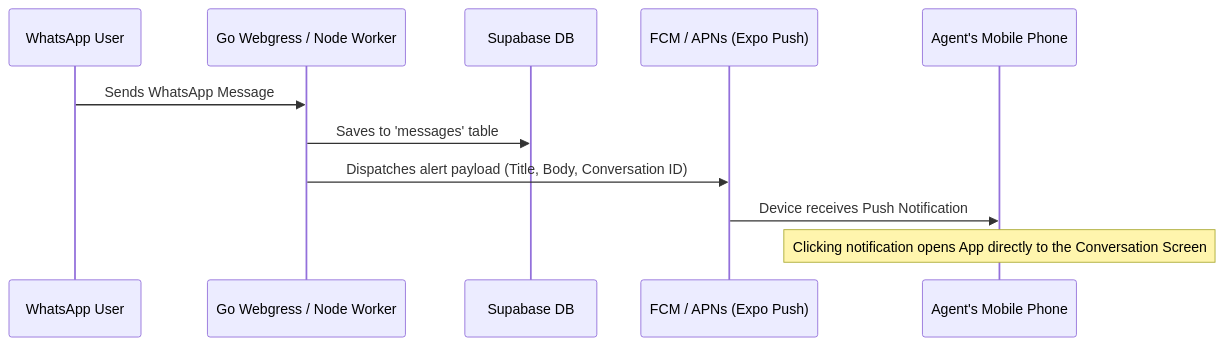
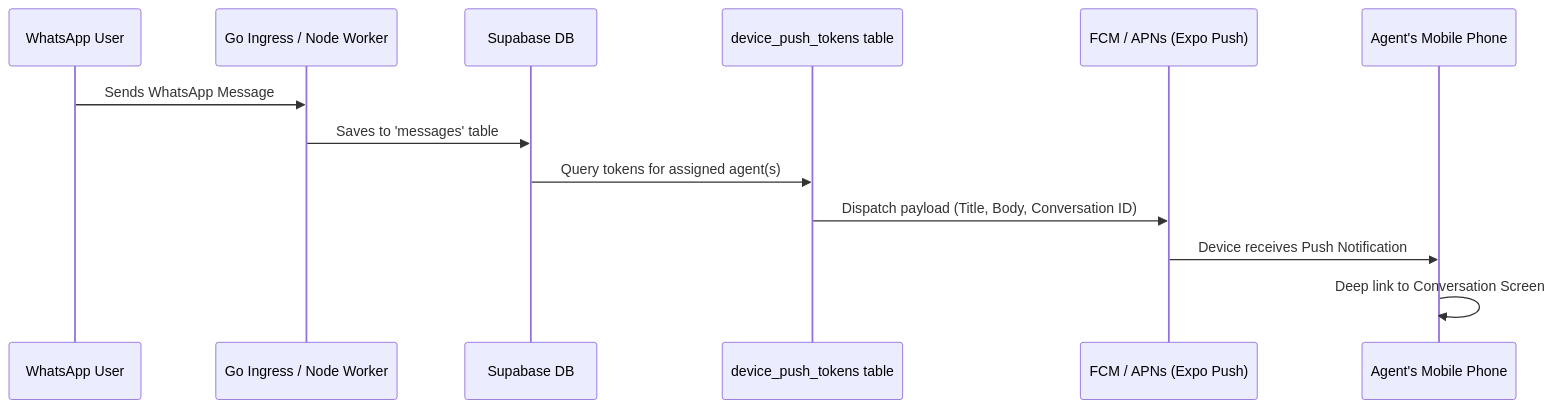
The second of 2 diagrams in docs/mobile-app-implementation-plan.md (praneethpvrealty/convoReal), drawn with Mermaid before and after one commit. The commit also changed other lines of this file and 2 other files, not shown here.

Commit message:
docs: update mobile app implementation plan with architectural refinements for authentication, push notification infrastructure, and offline media handling.

````diff
--- a/docs/mobile-app-implementation-plan.md
+++ b/docs/mobile-app-implementation-plan.md
@@ -100,14 +107,16 @@
 ```mermaid
 sequenceDiagram
     participant User as WhatsApp User
-    participant Webhook as Go Webgress / Node Worker
+    participant Webhook as Go Ingress / Node Worker
     participant DB as Supabase DB
+    participant DeviceTokens as device_push_tokens table
     participant FCM as FCM / APNs (Expo Push)
     participant Phone as Agent's Mobile Phone
     
     User->>Webhook: Sends WhatsApp Message
     Webhook->>DB: Saves to 'messages' table
-    Webhook->>FCM: Dispatches alert payload (Title, Body, Conversation ID)
+    DB->>DeviceTokens: Query tokens for assigned agent(s)
+    DeviceTokens->>FCM: Dispatch payload (Title, Body, Conversation ID)
     FCM->>Phone: Device receives Push Notification
-    Note over Phone: Clicking notification opens App directly to the Conversation Screen
+    Phone->>Phone: Deep link to Conversation Screen
 ```
````
